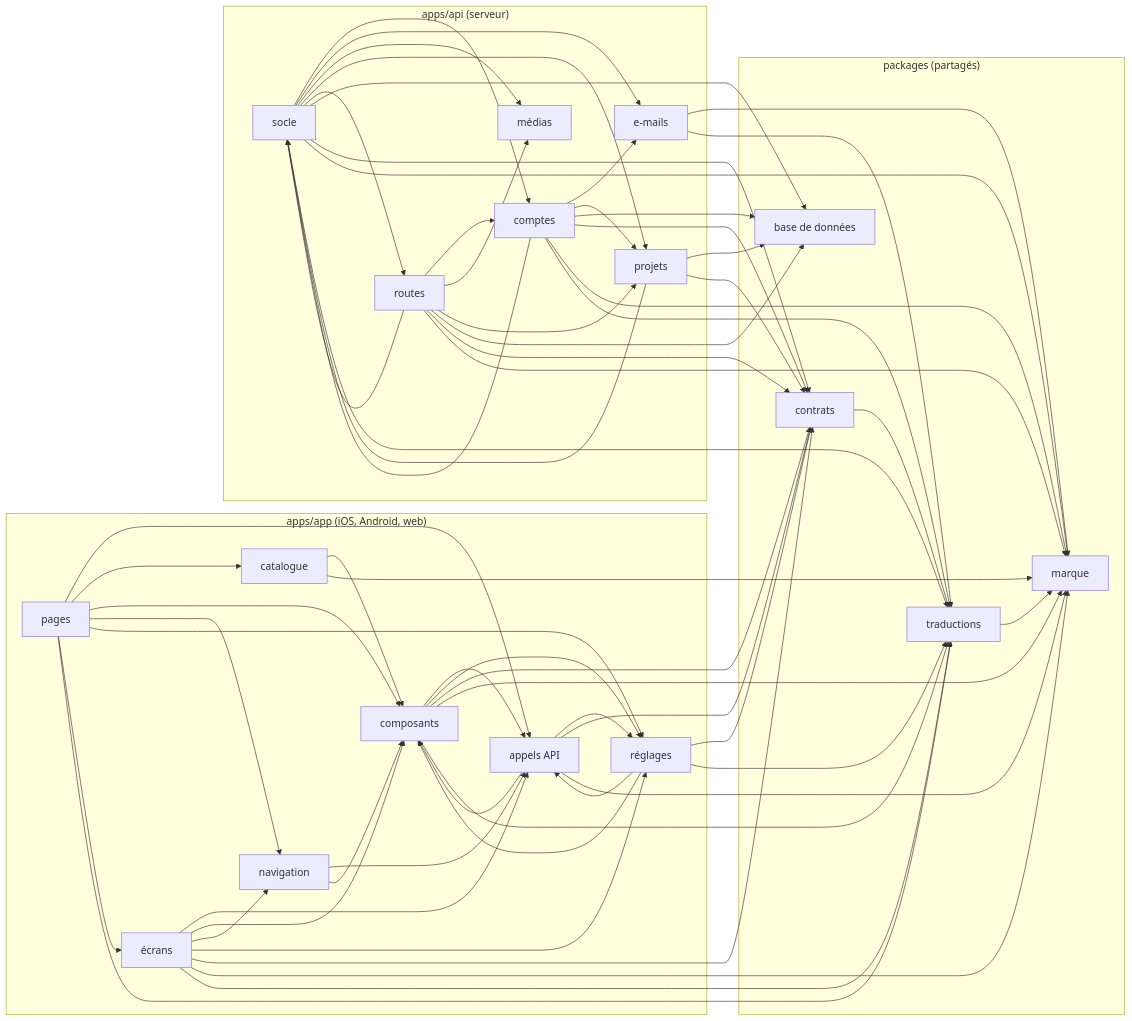
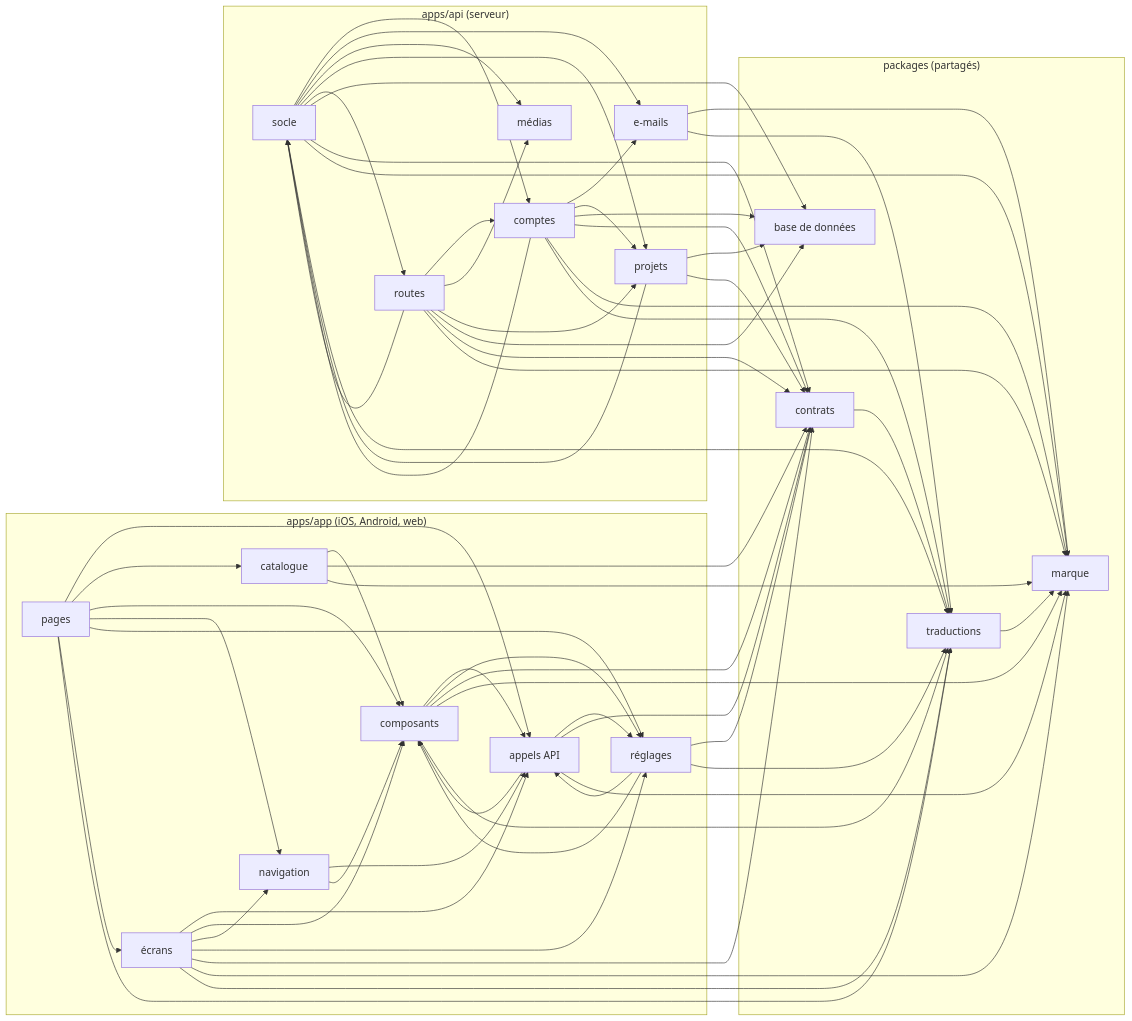
The diagram in docs/architecture/dependances.md (EthogramHQ/Waiggle), drawn with Mermaid before and after one commit.

Commit message:
docs: dependency graph with the catalogue reading the reaction kinds

```diff
--- a/docs/architecture/dependances.md
+++ b/docs/architecture/dependances.md
@@ -62,6 +62,7 @@
   n5 --> n15
   n5 --> n18
   n3 --> n2
+  n3 --> n15
   n3 --> n18
   n2 --> n5
   n2 --> n7
```
